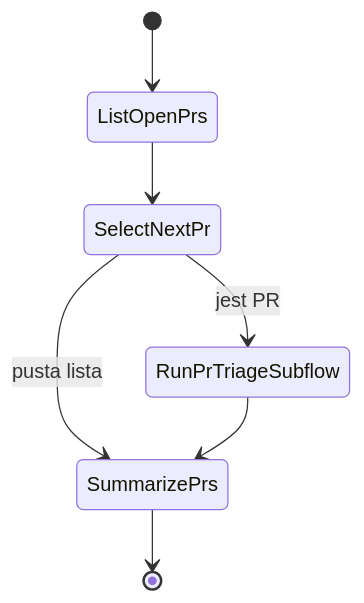
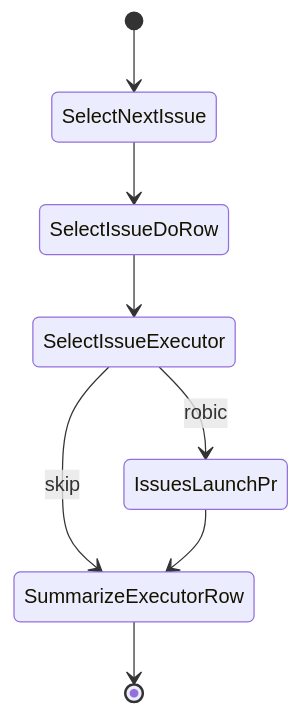
Diagram 40 of 47 in README.md (mikolaj92/lokay), drawn with Mermaid before and after one commit. The commit also changed other lines of this file and 27 other files, not shown here.

````diff
--- a/README.md
+++ b/README.md
@@ -1043,9 +1052,10 @@
 ```mermaid
 stateDiagram-v2
-    [*] --> ListOpenPrs
-    ListOpenPrs --> SelectNextPr
-    SelectNextPr --> RunPrTriageSubflow: jest PR
-    SelectNextPr --> SummarizePrs: pusta lista
-    RunPrTriageSubflow --> SummarizePrs
-    SummarizePrs --> [*]
+    [*] --> SelectNextIssue
+    SelectNextIssue --> SelectIssueDoRow
+    SelectIssueDoRow --> SelectIssueExecutor
+    SelectIssueExecutor --> IssuesLaunchPr: robic
+    SelectIssueExecutor --> SummarizeExecutorRow: skip
+    IssuesLaunchPr --> SummarizeExecutorRow
+    SummarizeExecutorRow --> [*]
 ```
````
